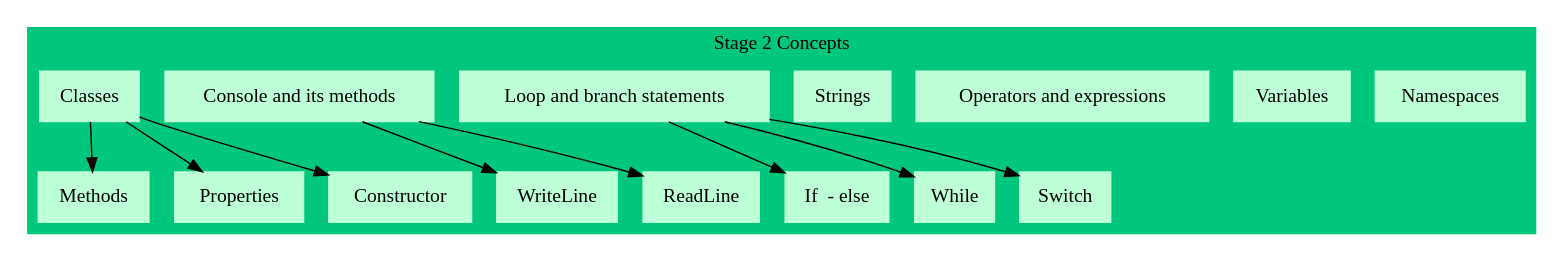
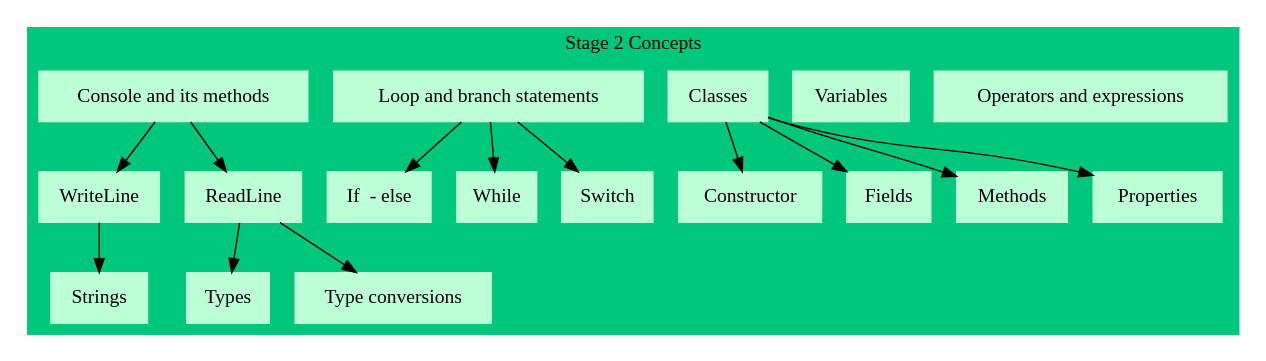
Before and after one commit to WildGums/TrainingProgram: the diagram in modules/CoffeeMachine/Stage 2/ConceptsMapStage2.dot, drawn with Graphviz. The commit also changed 8 other files, not shown here.

```diff
--- a/modules/CoffeeMachine/Stage 2/ConceptsMapStage2.dot
+++ b/modules/CoffeeMachine/Stage 2/ConceptsMapStage2.dot
@@ -1,30 +1,36 @@
 
 digraph ConceptsMap {
 
 	subgraph cluster_0 {
 		style=filled;
 		color="#00c77b";
         
-		node [style = filled color = "#bdffd7" shape = box] Namespaces;
-        node [] Variables;
+		node [style = filled color = "#bdffd7" shape = box];
+        
+		
 		node [] "Operators and expressions";
-		node [] Strings;
+		node [] Variables;
+		node [] Classes;
         node [] "Loop and branch statements";
 		node [] "Console and its methods";
-        node [] Classes;
-
+        
+		Classes -> Constructor;
+		Classes -> Fields;
         Classes -> Methods;
 		Classes -> Properties;
-		Classes -> Constructor;
+		
 
 		"Console and its methods" -> "WriteLine";
 		"Console and its methods" -> "ReadLine";
+		"WriteLine" -> "Strings"
+		"ReadLine" -> "Types"
+		"ReadLine" -> "Type conversions"
 
 		"Loop and branch statements" -> "If  - else"
 		"Loop and branch statements" -> "While";
 		"Loop and branch statements" -> "Switch";
 		
 		label = "Stage 2 Concepts";
 	}
 
 }
```
